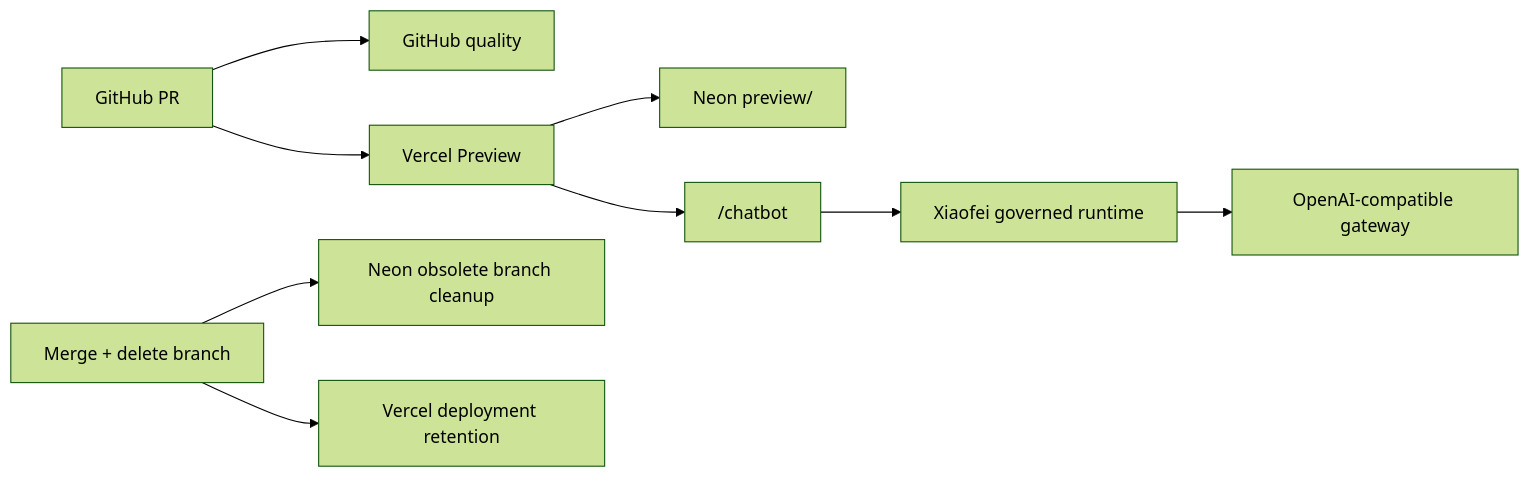
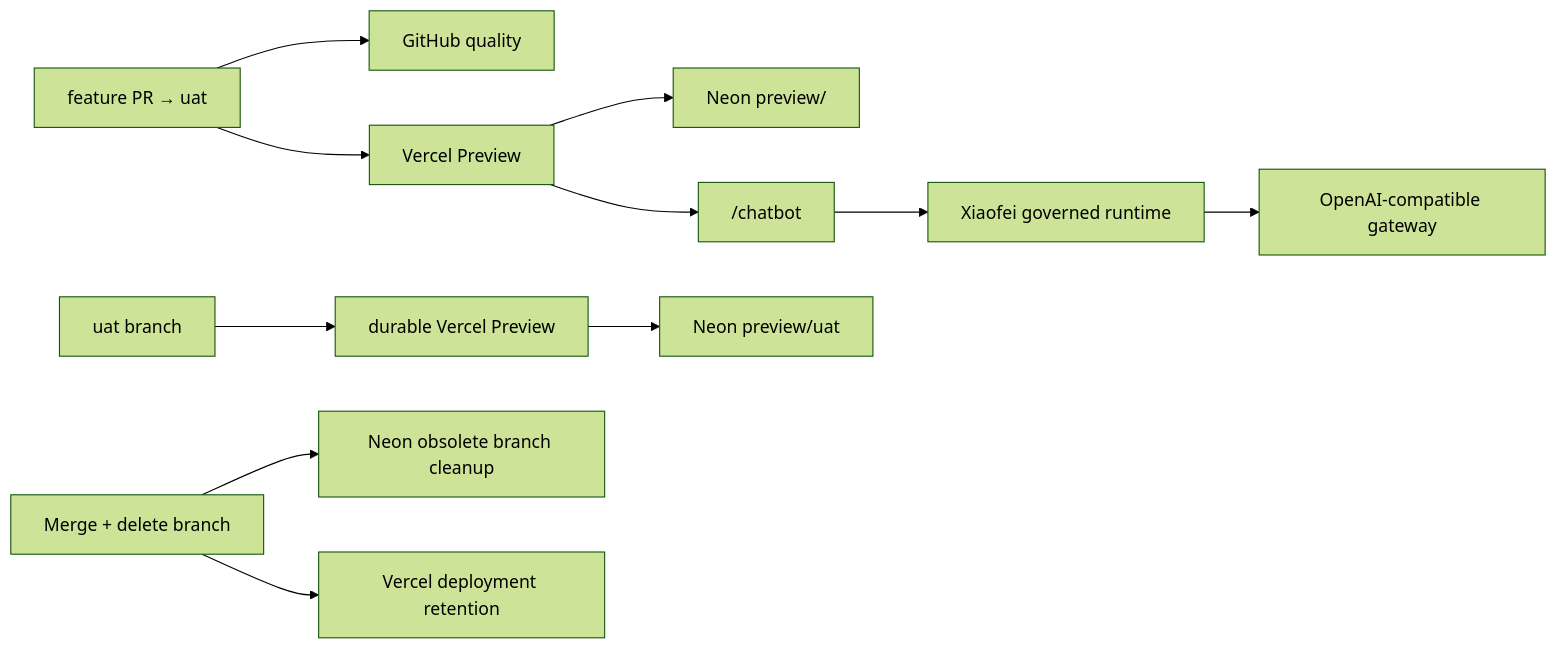
One commit to pjxkqc/xiaofei changed the diagram in docs/pr-preview-setup.md. Above: the diagram before and after it, drawn with Mermaid (forest theme). The commit also changed other lines of this file and 3 other files, not shown here.

Commit message:
[FLY-75] add durable UAT preview flow

````diff
--- a/docs/pr-preview-setup.md
+++ b/docs/pr-preview-setup.md
@@ -30,11 +36,13 @@
 ```mermaid
 flowchart LR
-  PR["GitHub PR"] --> CI["GitHub quality"]
-  PR --> VP["Vercel Preview"]
-  VP --> NB["Neon preview/<branch>"]
+  FEATURE["feature PR → uat"] --> CI["GitHub quality"]
+  FEATURE --> VP["Vercel Preview"]
+  VP --> NB["Neon preview/<feature-branch>"]
+  UAT["uat branch"] --> UVP["durable Vercel Preview"]
+  UVP --> UNB["Neon preview/uat"]
   VP --> CHAT["/chatbot"]
   CHAT --> RT["Xiaofei governed runtime"]
   RT --> AI["OpenAI-compatible gateway"]
   MERGE["Merge + delete branch"] --> CLEAN["Neon obsolete branch cleanup"]
   MERGE --> RETAIN["Vercel deployment retention"]
 ```
````
